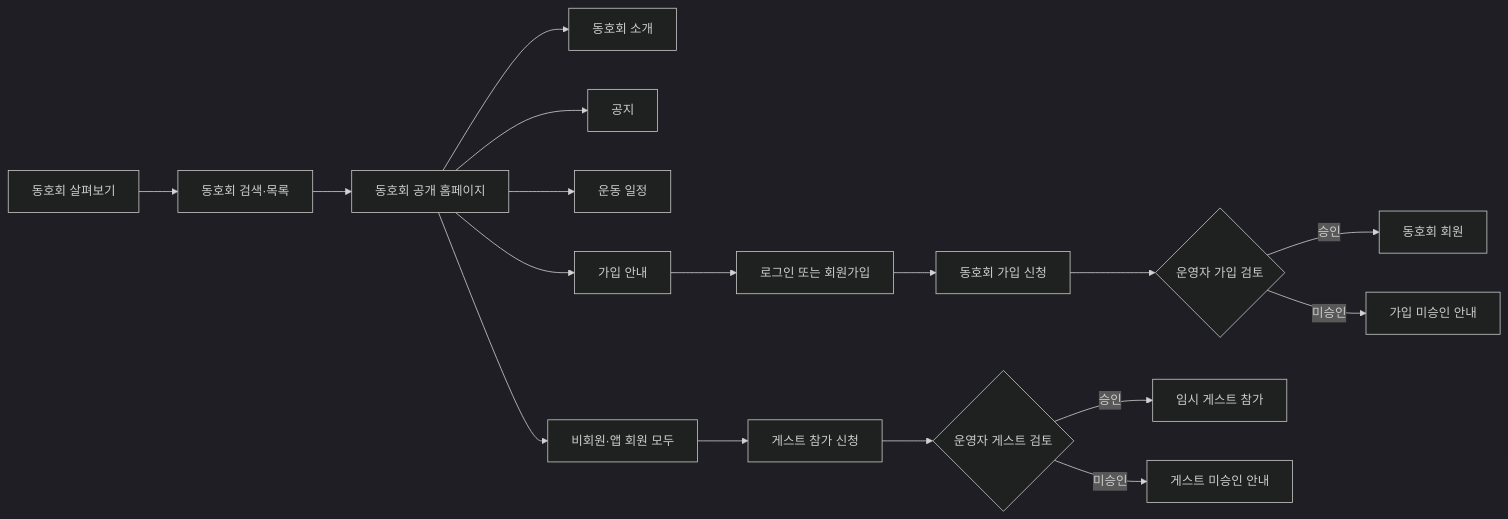
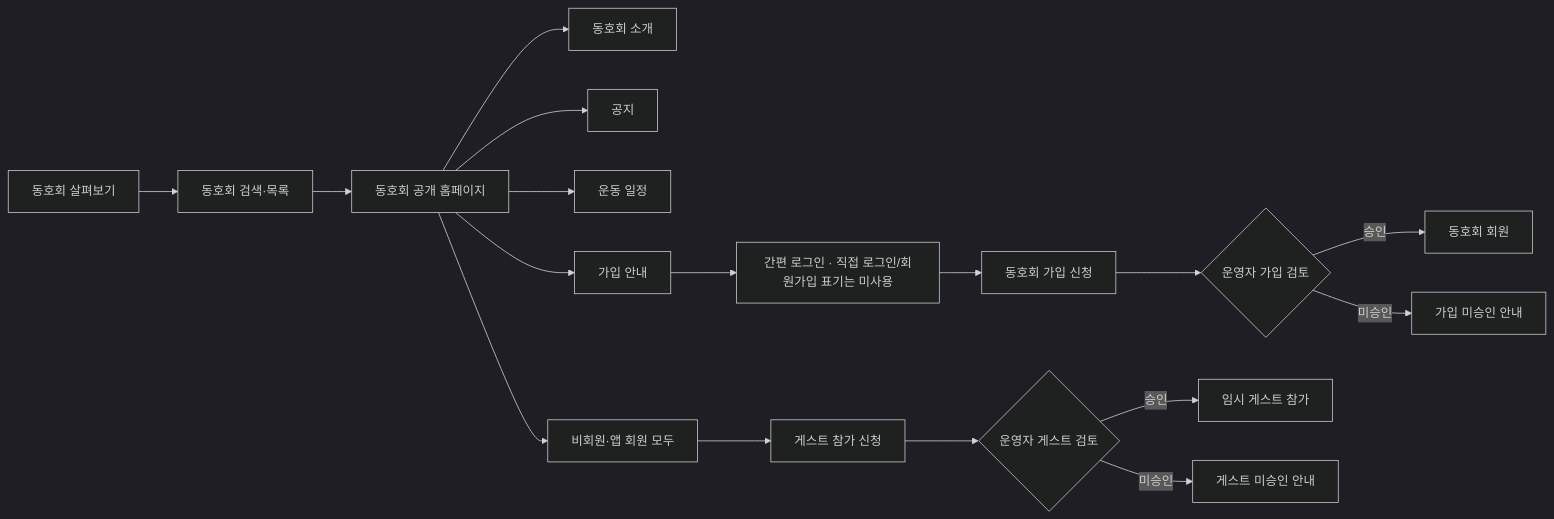
The seventh of 9 diagrams in 02 UI 화면 흐름.md (2hyun2/badminton-club-platform), drawn with Mermaid (dark theme) before and after one commit. The commit also changed other lines of this file and 31 other files, not shown here.

````diff
--- a/02 UI 화면 흐름.md
+++ b/02 UI 화면 흐름.md
@@ -196,19 +249,19 @@
 ```mermaid
 flowchart LR
     Explore[동호회 살펴보기] --> ClubSearch[동호회 검색·목록]
     ClubSearch --> PublicHome[동호회 공개 홈페이지]
     PublicHome[동호회 공개 홈페이지] --> Intro[동호회 소개]
     PublicHome --> Notice[공지]
     PublicHome --> Schedule[운동 일정]
     PublicHome --> JoinGuide[가입 안내]
-    JoinGuide --> LoginOrSignup[로그인 또는 회원가입]
+    JoinGuide --> LoginOrSignup[간편 로그인 · 직접 로그인/회원가입 표기는 미사용]
     LoginOrSignup --> MembershipApply[동호회 가입 신청]
     MembershipApply --> MembershipReview{운영자 가입 검토}
     MembershipReview -- 승인 --> Member[동호회 회원]
     MembershipReview -- 미승인 --> MembershipRejected[가입 미승인 안내]
     PublicHome --> GuestEligibility[비회원·앱 회원 모두]
     GuestEligibility --> GuestApply[게스트 참가 신청]
     GuestApply --> GuestReview{운영자 게스트 검토}
     GuestReview -- 승인 --> GuestPass[임시 게스트 참가]
     GuestReview -- 미승인 --> GuestRejected[게스트 미승인 안내]
 ```
````
